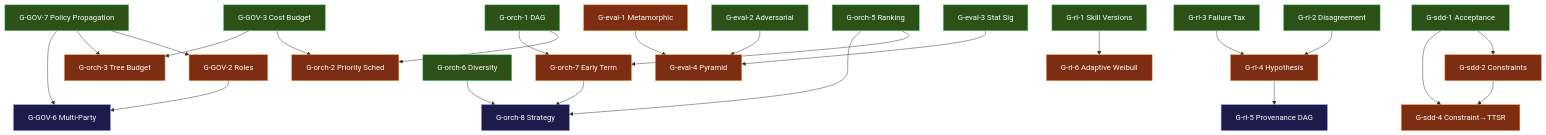
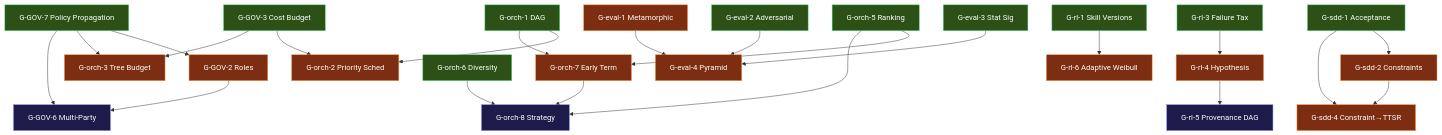
Before and after one commit to LIGHTYEARS/agentic-engineering: the diagram in docs/foundation/ROADMAP.md, drawn with Mermaid. The commit also changed other lines of this file and 1 other file, not shown here.

First line of the commit message:
roadmap: demote G-rl-2 to Deferred — no consumer, formula edge case

````diff
--- a/docs/foundation/ROADMAP.md
+++ b/docs/foundation/ROADMAP.md
@@ -96,42 +95,41 @@
 ```mermaid
 graph TD
     %% Phase 1 foundations
     GOV7[G-GOV-7 Policy Propagation] --> GOV2[G-GOV-2 Roles]
     GOV7 --> ORCH3[G-orch-3 Tree Budget]
     GOV3[G-GOV-3 Cost Budget] --> ORCH2[G-orch-2 Priority Sched]
     GOV3 --> ORCH3
     ORCH1[G-orch-1 DAG] --> ORCH2
     ORCH1 --> ORCH7[G-orch-7 Early Term]
     ORCH5[G-orch-5 Ranking] --> ORCH7
     ORCH5 --> ORCH8[G-orch-8 Strategy]
     ORCH6[G-orch-6 Diversity] --> ORCH8
     ORCH7 --> ORCH8
 
     %% Eval chain
     EVAL3[G-eval-3 Stat Sig] --> EVAL4[G-eval-4 Pyramid]
     EVAL2[G-eval-2 Adversarial] --> EVAL4
     EVAL1[G-eval-1 Metamorphic] --> EVAL4
 
     %% Learning chain
-    RL2[G-rl-2 Disagreement] --> RL4[G-rl-4 Hypothesis]
-    RL3[G-rl-3 Failure Tax] --> RL4
+    RL3[G-rl-3 Failure Tax] --> RL4[G-rl-4 Hypothesis]
     RL4 --> RL5[G-rl-5 Provenance DAG]
     RL1[G-rl-1 Skill Versions] --> RL6[G-rl-6 Adaptive Weibull]
 
     %% SDD chain
     SDD1[G-sdd-1 Acceptance] --> SDD2[G-sdd-2 Constraints]
     SDD1 --> SDD4[G-sdd-4 Constraint→TTSR]
     SDD2 --> SDD4
 
     %% Cross-plane links
     GOV2 --> GOV6[G-GOV-6 Multi-Party]
     GOV7 --> GOV6
 
     %% Styling
     classDef phase1 fill:#2d5016,stroke:#4ade80,color:#fff
     classDef phase2 fill:#7c2d12,stroke:#fb923c,color:#fff
     classDef phase3 fill:#1e1b4b,stroke:#818cf8,color:#fff
-    class GOV7,GOV3,GOV1,ORCH1,ORCH5,ORCH6,EVAL3,EVAL2,RL1,RL2,RL3,SDD1,SDD3 phase1
+    class GOV7,GOV3,GOV1,ORCH1,ORCH5,ORCH6,EVAL3,EVAL2,RL1,RL3,SDD1,SDD3 phase1
     class GOV2,GOV5,ORCH2,ORCH3,ORCH4,ORCH7,EVAL1,EVAL4,RL4,RL6,SDD2,SDD4 phase2
     class GOV4,GOV6,ORCH8,RL5,SDD5,SDD6 phase3
 ```
````
